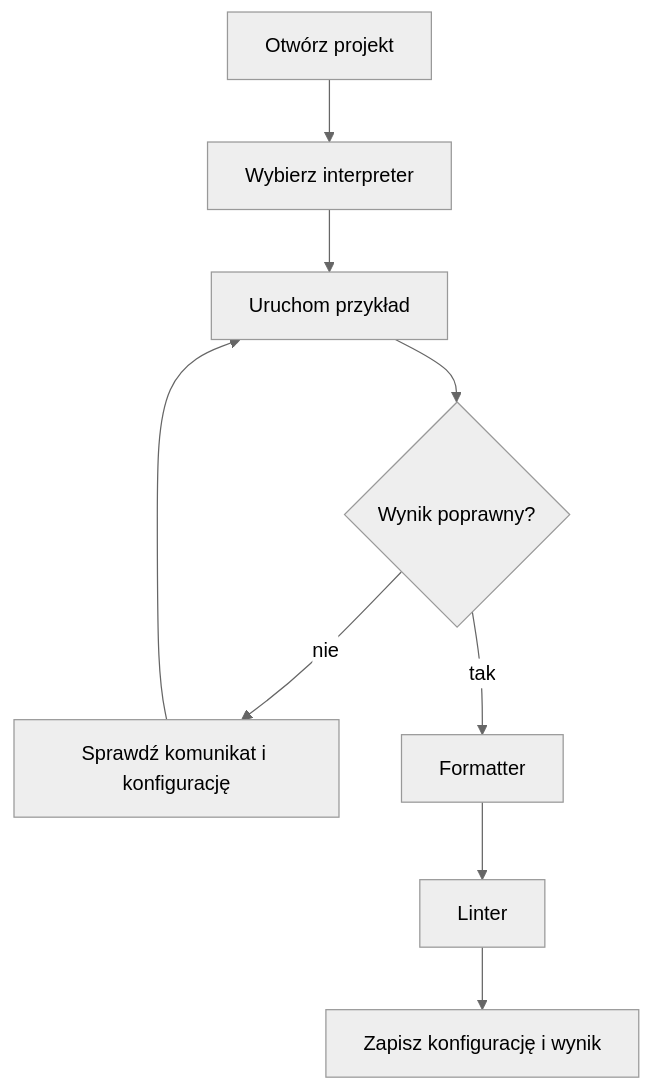
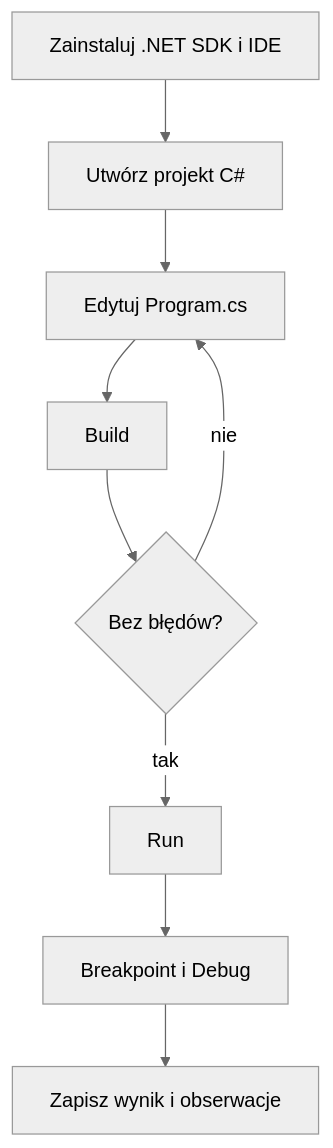
One commit to tborzyszkowski/warsztat-programisty-pjatk changed the diagram in src/01-organizacja/03-ide-i-konfiguracja/README.md. Above: the diagram before and after it, drawn with Mermaid (neutral theme). The commit also changed other lines of this file and 17 other files, not shown here.

````diff
--- a/src/01-organizacja/03-ide-i-konfiguracja/README.md
+++ b/src/01-organizacja/03-ide-i-konfiguracja/README.md
@@ -252,11 +150,11 @@
 ```mermaid
 flowchart TD
-    A[Otwórz projekt] --> B[Wybierz interpreter]
-    B --> C[Uruchom przykład]
-    C --> D{Wynik poprawny?}
-    D -- nie --> E[Sprawdź komunikat i konfigurację]
-    E --> C
-    D -- tak --> F[Formatter]
-    F --> G[Linter]
-    G --> H[Zapisz konfigurację i wynik]
+    A[Zainstaluj .NET SDK i IDE] --> B[Utwórz projekt C#]
+    B --> C[Edytuj Program.cs]
+    C --> D[Build]
+    D --> E{Bez błędów?}
+    E -- nie --> C
+    E -- tak --> F[Run]
+    F --> G[Breakpoint i Debug]
+    G --> H[Zapisz wynik i obserwacje]
 ```
````
